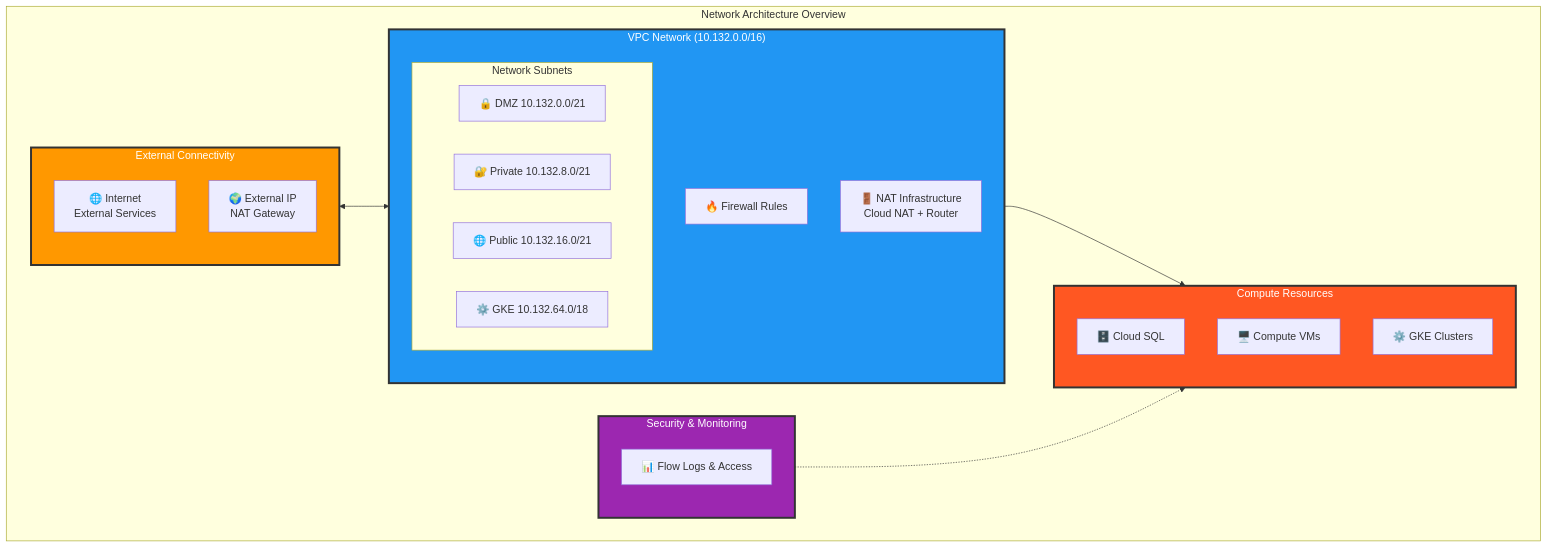
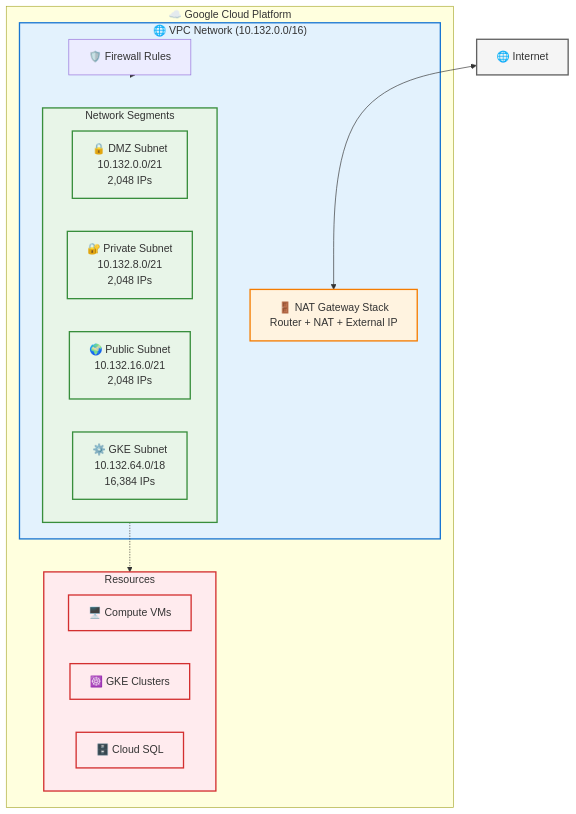
Before and after one commit to spolspol/terragrunt-gcp-org-automation: the first of 6 diagrams in docs/NETWORK_ARCHITECTURE.md, drawn with Mermaid. The commit also changed other lines of this file and 4 other files, not shown here.

First line of the commit message:
Adds comprehensive architecture documentation

````diff
--- a/docs/NETWORK_ARCHITECTURE.md
+++ b/docs/NETWORK_ARCHITECTURE.md
@@ -32,46 +32,42 @@
 ```mermaid
 flowchart TB
-    subgraph "Network Architecture Overview"
-        subgraph EXT ["External Connectivity"]
-            INTERNET["🌐 Internet<br/>External Services"]
-            EXT_IP["🌍 External IP<br/>NAT Gateway"]
+    subgraph CLOUD["☁️ Google Cloud Platform"]
+        subgraph VPC["🌐 VPC Network (10.132.0.0/16)"]
+            subgraph SUBNETS["Network Segments"]
+                DMZ["🔒 DMZ Subnet<br/>10.132.0.0/21<br/>2,048 IPs"]
+                PRIVATE["🔐 Private Subnet<br/>10.132.8.0/21<br/>2,048 IPs"]
+                PUBLIC["🌍 Public Subnet<br/>10.132.16.0/21<br/>2,048 IPs"]
+                GKE_NET["⚙️ GKE Subnet<br/>10.132.64.0/18<br/>16,384 IPs"]
+            end
+            
+            NAT_STACK["🚪 NAT Gateway Stack<br/>Router + NAT + External IP"]
+            FIREWALL["🛡️ Firewall Rules"]
         end
         
-        subgraph VPC ["VPC Network (10.132.0.0/16)"]
-            subgraph SUBNETS ["Network Subnets"]
-                DMZ["🔒 DMZ 10.132.0.0/21"]
-                PRIVATE["🔐 Private 10.132.8.0/21"]
-                PUBLIC["🌐 Public 10.132.16.0/21"]
-                GKE_NET["⚙️ GKE 10.132.64.0/18"]
-            end
-            
-            FIREWALL["🔥 Firewall Rules"]
-            NAT_INFRA["🚪 NAT Infrastructure<br/>Cloud NAT + Router"]
-        end
-        
-        subgraph RES ["Compute Resources"]
+        subgraph RESOURCES["Resources"]
+            VMS["🖥️ Compute VMs"]
+            GKE["☸️ GKE Clusters"]
             SQL["🗄️ Cloud SQL"]
-            VMS["🖥️ Compute VMs"]
-            GKE_CLUSTER["⚙️ GKE Clusters"]
-        end
-        
-        subgraph SEC ["Security & Monitoring"]
-            MONITORING["📊 Flow Logs & Access"]
         end
     end
     
-    %% High-level group connections
-    EXT <--> VPC
-    VPC --> RES
-    SEC -.-> RES
+    INTERNET["🌐 Internet"]
     
-    classDef external fill:#FF9800,stroke:#333,stroke-width:3px,color:#fff
-    classDef network fill:#2196F3,stroke:#333,stroke-width:3px,color:#fff
-    classDef resource fill:#FF5722,stroke:#333,stroke-width:3px,color:#fff
-    classDef security fill:#9C27B0,stroke:#333,stroke-width:3px,color:#fff
+    %% Simplified connections
+    INTERNET <--> NAT_STACK
+    SUBNETS -.-> RESOURCES
+    FIREWALL -.-> VPC
     
-    class EXT external
-    class VPC network
-    class RES resource
-    class SEC security
+    %% Visual conventions
+    classDef vpc fill:#E3F2FD,stroke:#1976D2,stroke-width:2px
+    classDef subnet fill:#E8F5E8,stroke:#388E3C,stroke-width:2px
+    classDef nat fill:#FFF3E0,stroke:#F57C00,stroke-width:2px
+    classDef resource fill:#FFEBEE,stroke:#D32F2F,stroke-width:2px
+    classDef internet fill:#F5F5F5,stroke:#616161,stroke-width:2px
+    
+    class VPC vpc
+    class SUBNETS,DMZ,PRIVATE,PUBLIC,GKE_NET subnet
+    class NAT_STACK nat
+    class RESOURCES,VMS,GKE,SQL resource
+    class INTERNET internet
 ```
````
